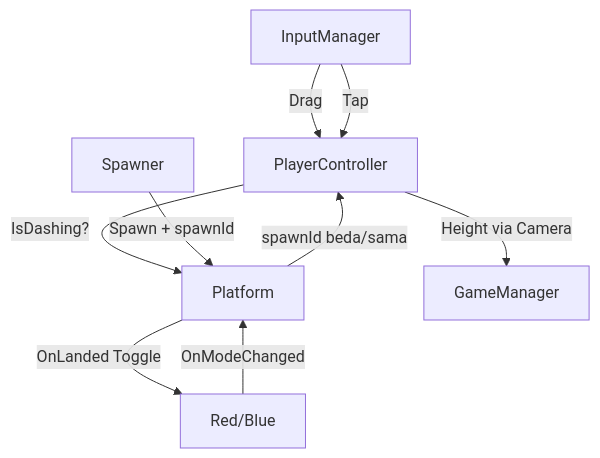
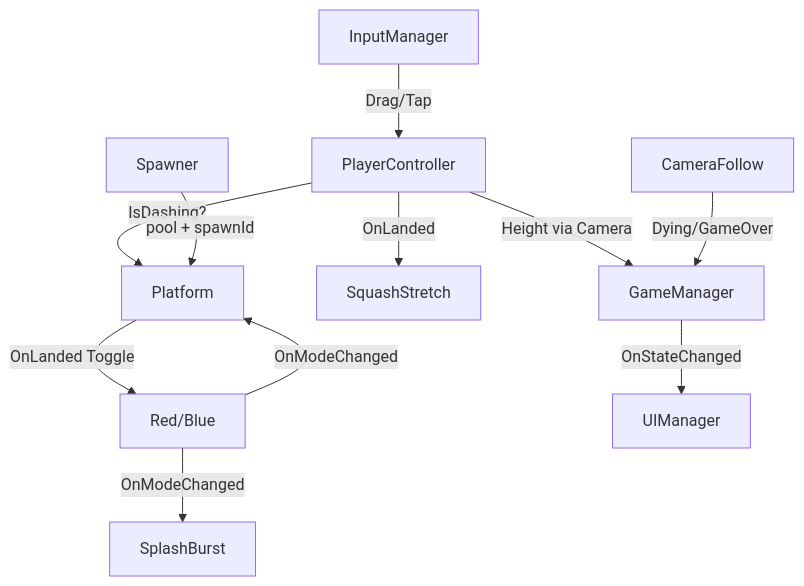
One commit to ramasii/Game-Development changed the diagram in Projects/Ball Jumper/TDD - Ball Jumper.md. Above: the diagram before and after it, drawn with Mermaid. The commit also changed other lines of this file, not shown here.

````diff
--- a/Projects/Ball Jumper/TDD - Ball Jumper.md
+++ b/Projects/Ball Jumper/TDD - Ball Jumper.md
@@ -152,11 +173,13 @@
 ```mermaid
 graph TD
-  InputManager -->|Drag| PlayerController
-  InputManager -->|Tap| PlayerController
+  InputManager -->|Drag/Tap| PlayerController
   PlayerController -->|IsDashing?| Platform
   Platform -->|OnLanded Toggle| PlayerModeFSM[Red/Blue]
   PlayerModeFSM -->|OnModeChanged| Platform
+  PlayerModeFSM -->|OnModeChanged| SplashBurst
+  PlayerController -->|OnLanded| SquashStretch
   PlayerController -->|Height via Camera| GameManager
-  Spawner -->|Spawn + spawnId| Platform
-  Platform -->|spawnId beda/sama| PlayerController
+  Spawner -->|pool + spawnId| Platform
+  CameraFollow -->|Dying/GameOver| GameManager
+  GameManager -->|OnStateChanged| UIManager
 ```
````
